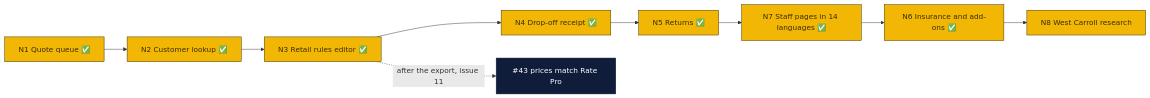
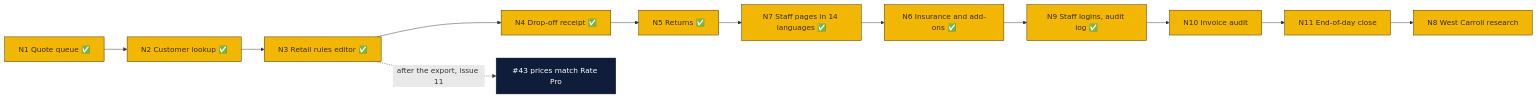
One commit to wbp318/goin-postal-forsythe changed the tenth of 12 diagrams in AGENDA.md. Above: the diagram before and after it, drawn with Mermaid. The commit also changed other lines of this file and 31 other files, not shown here.

First line of the commit message:
PeterShip: personal staff PINs with roles, owner staff page, audit log (N9)

````diff
--- a/AGENDA.md
+++ b/AGENDA.md
@@ -285,9 +305,9 @@
 ```mermaid
 flowchart LR
-  N1["N1 Quote queue ✅"] --> N2["N2 Customer lookup ✅"] --> N3["N3 Retail rules editor ✅"] --> N4["N4 Drop-off receipt ✅"] --> N5["N5 Returns ✅"] --> N7["N7 Staff pages in 14 languages ✅"] --> N6["N6 Insurance and add-ons ✅"] --> N8["N8 West Carroll research"]
+  N1["N1 Quote queue ✅"] --> N2["N2 Customer lookup ✅"] --> N3["N3 Retail rules editor ✅"] --> N4["N4 Drop-off receipt ✅"] --> N5["N5 Returns ✅"] --> N7["N7 Staff pages in 14 languages ✅"] --> N6["N6 Insurance and add-ons ✅"] --> N9["N9 Staff logins, audit log ✅"] --> N10["N10 Invoice audit"] --> N11["N11 End-of-day close"] --> N8["N8 West Carroll research"]
   N3 -.->|"after the export, issue 11"| R["#43 prices match Rate Pro"]
   classDef store fill:#f2b705,stroke:#3b2c00,color:#3b2c00
   classDef cloud fill:#0f1d3a,stroke:#0f1d3a,color:#ffffff
-  class N1,N2,N3,N4,N5,N6,N7,N8 store
+  class N1,N2,N3,N4,N5,N6,N7,N8,N9,N10,N11 store
   class R cloud
 ```
````
